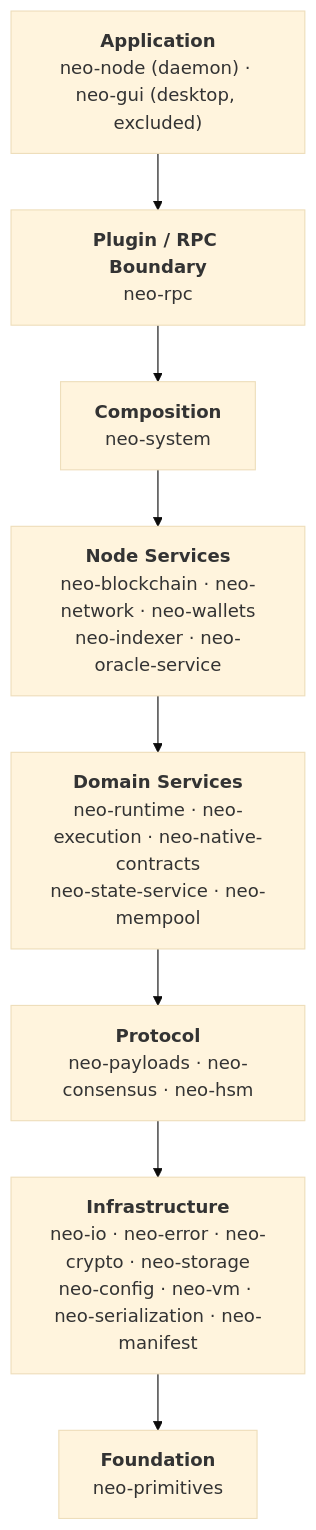
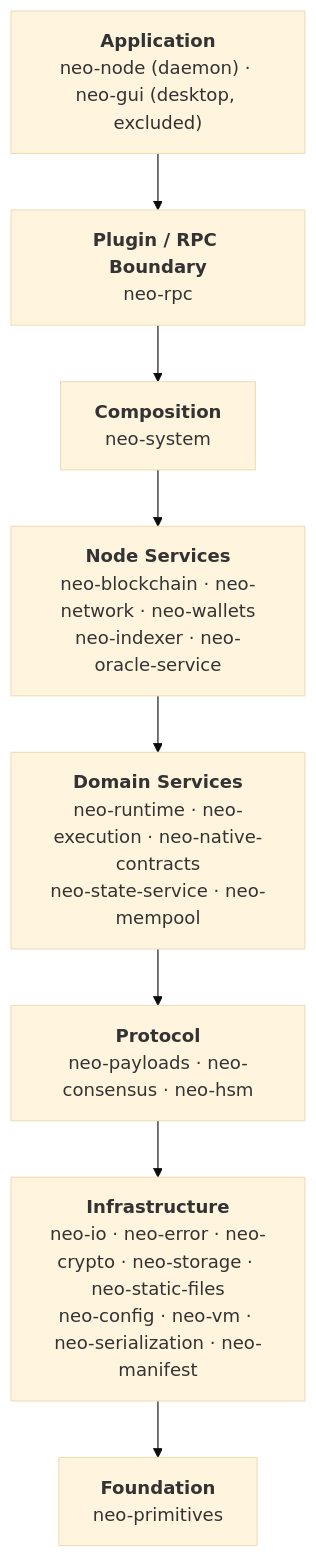
One commit to r3e-network/neo-rs changed the diagram in README.md. Above: the diagram before and after it, drawn with Mermaid (base theme). The commit also changed other lines of this file and 64 other files, not shown here.

````diff
--- a/README.md
+++ b/README.md
@@ -55,12 +55,12 @@
 ```mermaid
 flowchart TD
     APP["<b>Application</b><br/>neo-node (daemon) · neo-gui (desktop, excluded)"]
     PLUG["<b>Plugin / RPC Boundary</b><br/>neo-rpc"]
     COMP["<b>Composition</b><br/>neo-system"]
     NODE["<b>Node Services</b><br/>neo-blockchain · neo-network · neo-wallets<br/>neo-indexer · neo-oracle-service"]
     DOM["<b>Domain Services</b><br/>neo-runtime · neo-execution · neo-native-contracts<br/>neo-state-service · neo-mempool"]
     PROTO["<b>Protocol</b><br/>neo-payloads · neo-consensus · neo-hsm"]
-    INF["<b>Infrastructure</b><br/>neo-io · neo-error · neo-crypto · neo-storage<br/>neo-config · neo-vm · neo-serialization · neo-manifest"]
+    INF["<b>Infrastructure</b><br/>neo-io · neo-error · neo-crypto · neo-storage · neo-static-files<br/>neo-config · neo-vm · neo-serialization · neo-manifest"]
     FND["<b>Foundation</b><br/>neo-primitives"]
     APP --> PLUG --> COMP --> NODE --> DOM --> PROTO --> INF --> FND
 ```
````
